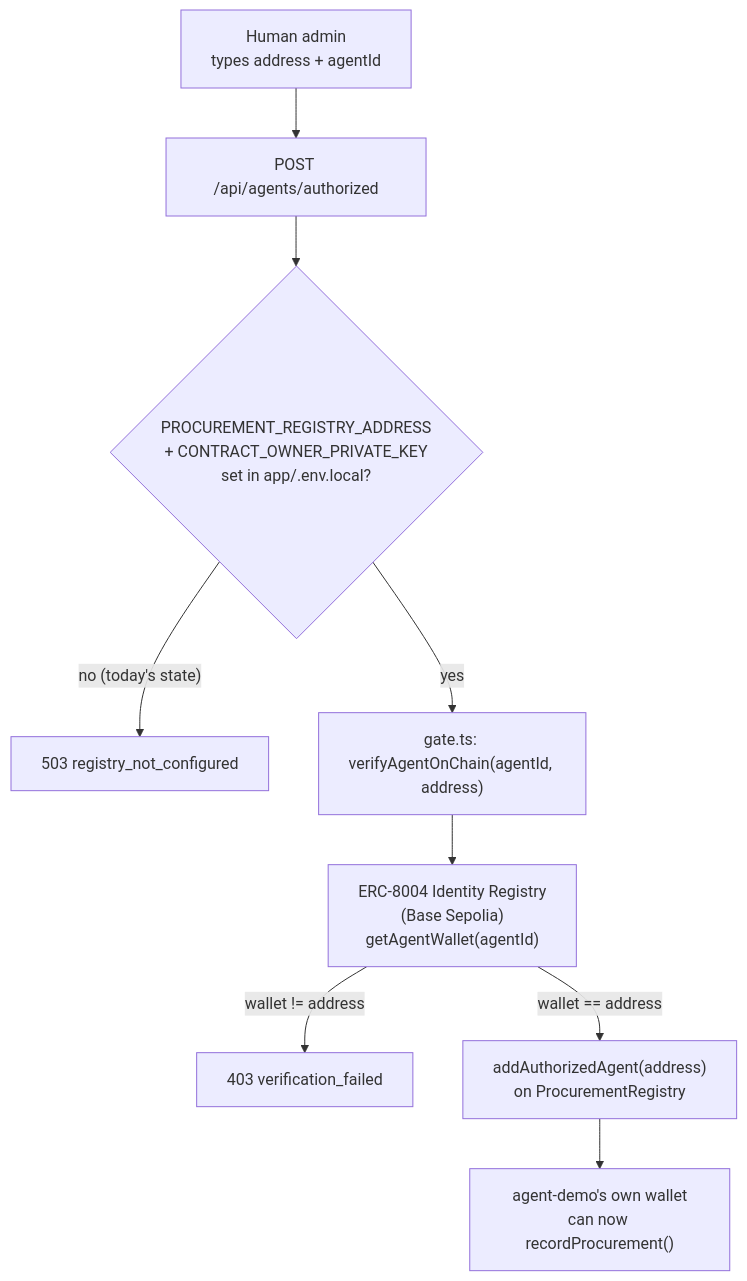
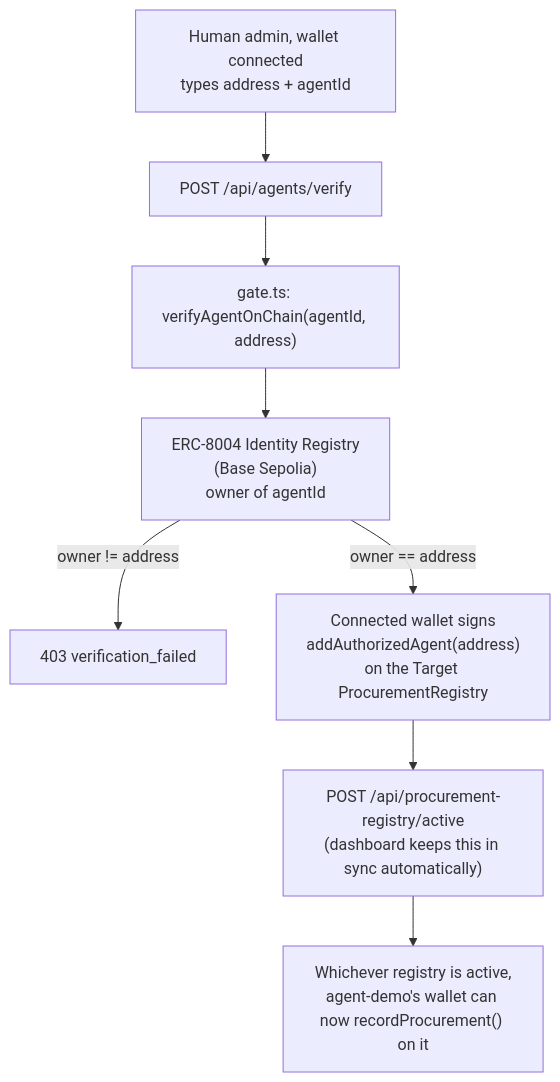
The fifth of 7 diagrams in agent-demo/README.md (masaun/enterprise-procurement-agent-platform), drawn with Mermaid before and after one commit. The commit also changed other lines of this file and 50 other files, not shown here.

````diff
--- a/agent-demo/README.md
+++ b/agent-demo/README.md
@@ -295,11 +327,10 @@
 ```mermaid
 flowchart TB
-    Admin["Human admin\ntypes address + agentId"] --> API["POST /api/agents/authorized"]
-    API --> Cfg{"PROCUREMENT_REGISTRY_ADDRESS\n+ CONTRACT_OWNER_PRIVATE_KEY\nset in app/.env.local?"}
-    Cfg -->|"no (today's state)"| Fail1["503 registry_not_configured"]
-    Cfg -->|yes| Gate["gate.ts: verifyAgentOnChain(agentId, address)"]
-    Gate --> IdReg["ERC-8004 Identity Registry\n(Base Sepolia)\ngetAgentWallet(agentId)"]
-    IdReg -->|"wallet != address"| Fail2["403 verification_failed"]
-    IdReg -->|"wallet == address"| Allow["addAuthorizedAgent(address)\non ProcurementRegistry"]
-    Allow --> Ready["agent-demo's own wallet\ncan now recordProcurement()"]
+    Admin["Human admin, wallet connected\ntypes address + agentId"] --> Verify["POST /api/agents/verify"]
+    Verify --> Gate["gate.ts: verifyAgentOnChain(agentId, address)"]
+    Gate --> IdReg["ERC-8004 Identity Registry\n(Base Sepolia)\nowner of agentId"]
+    IdReg -->|"owner != address"| Fail2["403 verification_failed"]
+    IdReg -->|"owner == address"| Allow["Connected wallet signs\naddAuthorizedAgent(address)\non the Target ProcurementRegistry"]
+    Allow --> Active["POST /api/procurement-registry/active\n(dashboard keeps this in sync automatically)"]
+    Active --> Ready["Whichever registry is active,\nagent-demo's wallet can now recordProcurement() on it"]
 ```
````
